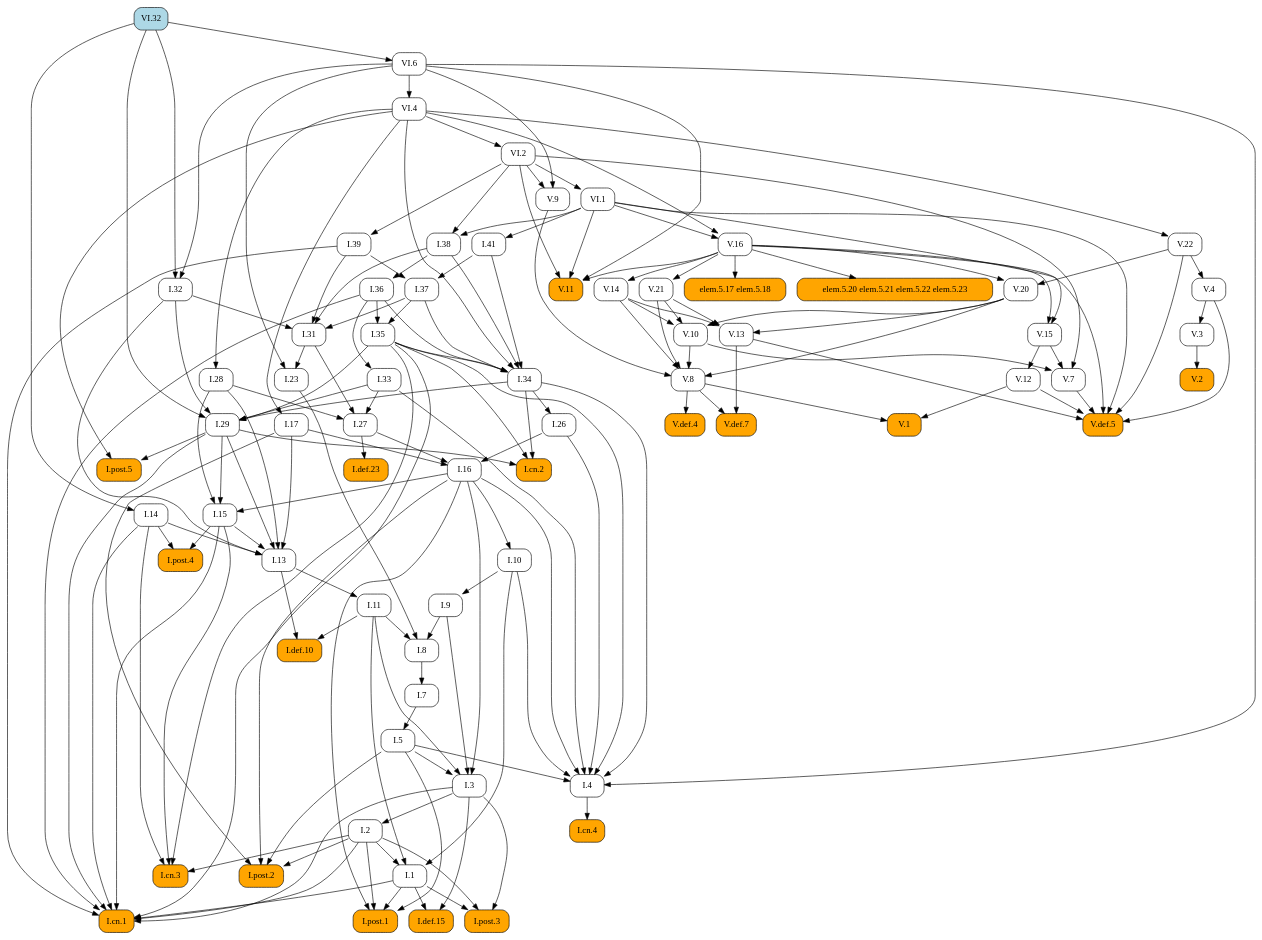
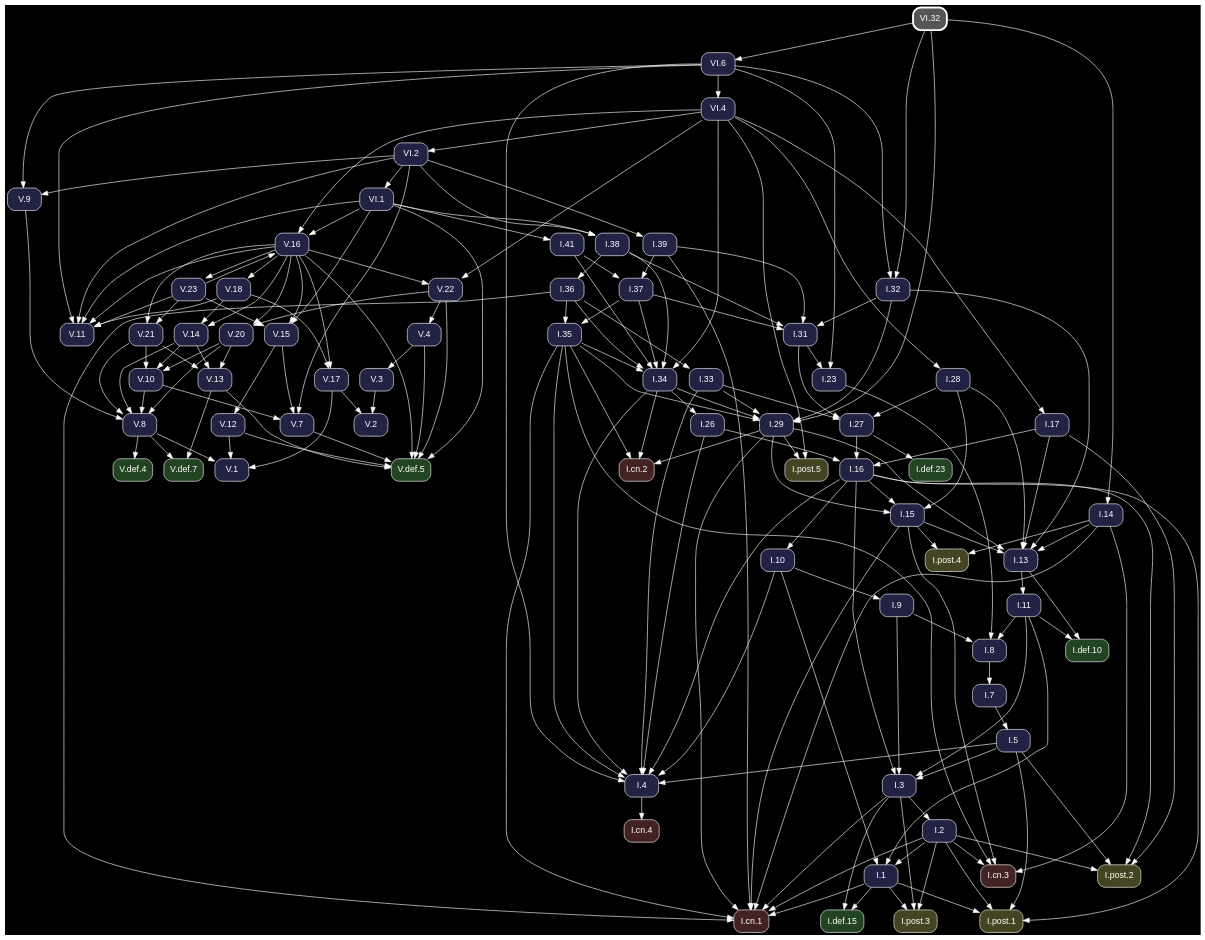
Before and after one commit to geometor/elements: the diagram in docsrc/heath/VI/32/index.rst, drawn with Graphviz. The commit also changed other lines of this file and 1200 other files, not shown here.

Commit message:
update dependency graphs

```diff
--- a/docsrc/heath/VI/32/index.rst
+++ b/docsrc/heath/VI/32/index.rst
@@ -81,194 +81,85 @@
 .. graphviz::
 
    digraph {
+     bgcolor="black";
+     node [shape=box, style="rounded,filled", fontname="Helvetica", color="white", fontcolor="white"];
+     edge [color="white", fontcolor="white"];
      rankdir="TB";
-     node [shape=box, style=rounded];
-     "I.23" [URL="/heath/I/23/", target="_top"];
-     "I.9" [URL="/heath/I/9/", target="_top"];
-     "I.def.15" [style="rounded,filled", fillcolor=orange, URL="/heath/I/def.15/", target="_top"];
-     "V.13" [URL="/heath/V/13/", target="_top"];
-     "V.7" [URL="/heath/V/7/", target="_top"];
-     "elem.5.17 elem.5.18" [style="rounded,filled", fillcolor=orange];
-     "I.post.1" [style="rounded,filled", fillcolor=orange, URL="/heath/I/post.1/", target="_top"];
-     "V.14" [URL="/heath/V/14/", target="_top"];
-     "V.9" [URL="/heath/V/9/", target="_top"];
-     "I.31" [URL="/heath/I/31/", target="_top"];
-     "I.def.10" [style="rounded,filled", fillcolor=orange, URL="/heath/I/def.10/", target="_top"];
-     "V.10" [URL="/heath/V/10/", target="_top"];
-     "V.4" [URL="/heath/V/4/", target="_top"];
-     "VI.1" [URL="/heath/VI/1/", target="_top"];
-     "I.39" [URL="/heath/I/39/", target="_top"];
-     "I.14" [URL="/heath/I/14/", target="_top"];
-     "V.11" [style="rounded,filled", fillcolor=orange, URL="/heath/V/11/", target="_top"];
-     "I.34" [URL="/heath/I/34/", target="_top"];
-     "I.3" [URL="/heath/I/3/", target="_top"];
-     "V.def.4" [style="rounded,filled", fillcolor=orange, URL="/heath/V/def.4/", target="_top"];
-     "V.def.7" [style="rounded,filled", fillcolor=orange, URL="/heath/V/def.7/", target="_top"];
-     "V.21" [URL="/heath/V/21/", target="_top"];
-     "I.2" [URL="/heath/I/2/", target="_top"];
-     "VI.32" [style="rounded,filled", fillcolor=lightblue, URL="/heath/VI/32/", target="_top"];
-     "V.3" [URL="/heath/V/3/", target="_top"];
-     "I.13" [URL="/heath/I/13/", target="_top"];
-     "I.post.4" [style="rounded,filled", fillcolor=orange, URL="/heath/I/post.4/", target="_top"];
-     "I.4" [URL="/heath/I/4/", target="_top"];
-     "I.1" [URL="/heath/I/1/", target="_top"];
-     "I.8" [URL="/heath/I/8/", target="_top"];
-     "I.17" [URL="/heath/I/17/", target="_top"];
-     "I.29" [URL="/heath/I/29/", target="_top"];
-     "V.8" [URL="/heath/V/8/", target="_top"];
-     "I.38" [URL="/heath/I/38/", target="_top"];
-     "I.15" [URL="/heath/I/15/", target="_top"];
-     "I.10" [URL="/heath/I/10/", target="_top"];
-     "I.11" [URL="/heath/I/11/", target="_top"];
-     "I.def.23" [style="rounded,filled", fillcolor=orange, URL="/heath/I/def.23/", target="_top"];
-     "VI.4" [URL="/heath/VI/4/", target="_top"];
-     "I.26" [URL="/heath/I/26/", target="_top"];
-     "V.16" [URL="/heath/V/16/", target="_top"];
-     "I.33" [URL="/heath/I/33/", target="_top"];
-     "I.32" [URL="/heath/I/32/", target="_top"];
-     "I.post.3" [style="rounded,filled", fillcolor=orange, URL="/heath/I/post.3/", target="_top"];
-     "V.def.5" [style="rounded,filled", fillcolor=orange, URL="/heath/V/def.5/", target="_top"];
-     "I.27" [URL="/heath/I/27/", target="_top"];
-     "V.20" [URL="/heath/V/20/", target="_top"];
-     "V.12" [URL="/heath/V/12/", target="_top"];
-     "V.2" [style="rounded,filled", fillcolor=orange, URL="/heath/V/2/", target="_top"];
-     "I.cn.1" [style="rounded,filled", fillcolor=orange, URL="/heath/I/cn.1/", target="_top"];
-     "I.35" [URL="/heath/I/35/", target="_top"];
-     "VI.6" [URL="/heath/VI/6/", target="_top"];
-     "I.7" [URL="/heath/I/7/", target="_top"];
-     "I.36" [URL="/heath/I/36/", target="_top"];
-     "I.5" [URL="/heath/I/5/", target="_top"];
-     "I.37" [URL="/heath/I/37/", target="_top"];
-     "I.cn.3" [style="rounded,filled", fillcolor=orange, URL="/heath/I/cn.3/", target="_top"];
-     "I.16" [URL="/heath/I/16/", target="_top"];
-     "V.22" [URL="/heath/V/22/", target="_top"];
-     "V.1" [style="rounded,filled", fillcolor=orange, URL="/heath/V/1/", target="_top"];
-     "I.cn.2" [style="rounded,filled", fillcolor=orange, URL="/heath/I/cn.2/", target="_top"];
-     "I.post.5" [style="rounded,filled", fillcolor=orange, URL="/heath/I/post.5/", target="_top"];
-     "I.28" [URL="/heath/I/28/", target="_top"];
-     "I.cn.4" [style="rounded,filled", fillcolor=orange, URL="/heath/I/cn.4/", target="_top"];
-     "VI.2" [URL="/heath/VI/2/", target="_top"];
-     "I.post.2" [style="rounded,filled", fillcolor=orange, URL="/heath/I/post.2/", target="_top"];
-     "V.15" [URL="/heath/V/15/", target="_top"];
-     "I.41" [URL="/heath/I/41/", target="_top"];
-     "elem.5.20 elem.5.21 elem.5.22 elem.5.23" [style="rounded,filled", fillcolor=orange];
-     "I.31" -> "I.23";
-     "VI.6" -> "I.23";
-     "I.10" -> "I.9";
-     "I.1" -> "I.def.15";
-     "I.3" -> "I.def.15";
-     "V.14" -> "V.13";
-     "V.20" -> "V.13";
-     "V.21" -> "V.13";
-     "V.10" -> "V.7";
-     "V.15" -> "V.7";
-     "VI.2" -> "V.7";
-     "V.16" -> "elem.5.17 elem.5.18";
-     "I.1" -> "I.post.1";
-     "I.2" -> "I.post.1";
-     "I.5" -> "I.post.1";
-     "I.16" -> "I.post.1";
-     "V.16" -> "V.14";
-     "VI.2" -> "V.9";
-     "VI.6" -> "V.9";
-     "I.32" -> "I.31";
-     "I.37" -> "I.31";
-     "I.38" -> "I.31";
-     "I.39" -> "I.31";
-     "I.11" -> "I.def.10";
-     "I.13" -> "I.def.10";
-     "V.14" -> "V.10";
-     "V.20" -> "V.10";
-     "V.21" -> "V.10";
-     "V.22" -> "V.4";
-     "VI.2" -> "VI.1";
-     "VI.2" -> "I.39";
-     "VI.32" -> "I.14";
-     "V.16" -> "V.11";
-     "VI.1" -> "V.11";
-     "VI.2" -> "V.11";
-     "VI.6" -> "V.11";
-     "I.35" -> "I.34";
-     "I.36" -> "I.34";
-     "I.37" -> "I.34";
-     "I.38" -> "I.34";
-     "I.41" -> "I.34";
-     "VI.4" -> "I.34";
-     "I.5" -> "I.3";
-     "I.9" -> "I.3";
-     "I.11" -> "I.3";
-     "I.16" -> "I.3";
-     "V.8" -> "V.def.4";
-     "V.8" -> "V.def.7";
-     "V.13" -> "V.def.7";
-     "V.16" -> "V.21";
-     "I.3" -> "I.2";
-     "V.4" -> "V.3";
-     "I.14" -> "I.13";
-     "I.15" -> "I.13";
-     "I.17" -> "I.13";
-     "I.28" -> "I.13";
-     "I.29" -> "I.13";
-     "I.32" -> "I.13";
-     "I.14" -> "I.post.4";
-     "I.15" -> "I.post.4";
-     "I.5" -> "I.4";
-     "I.10" -> "I.4";
-     "I.16" -> "I.4";
-     "I.26" -> "I.4";
-     "I.33" -> "I.4";
-     "I.34" -> "I.4";
-     "I.35" -> "I.4";
-     "VI.6" -> "I.4";
-     "I.2" -> "I.1";
-     "I.10" -> "I.1";
-     "I.11" -> "I.1";
-     "I.9" -> "I.8";
-     "I.11" -> "I.8";
-     "I.23" -> "I.8";
-     "VI.4" -> "I.17";
-     "I.32" -> "I.29";
-     "I.33" -> "I.29";
-     "I.34" -> "I.29";
-     "I.35" -> "I.29";
-     "VI.32" -> "I.29";
-     "V.9" -> "V.8";
-     "V.10" -> "V.8";
-     "V.14" -> "V.8";
-     "V.20" -> "V.8";
-     "V.21" -> "V.8";
-     "VI.1" -> "I.38";
-     "VI.2" -> "I.38";
-     "I.16" -> "I.15";
-     "I.28" -> "I.15";
-     "I.29" -> "I.15";
-     "I.16" -> "I.10";
-     "I.13" -> "I.11";
-     "I.27" -> "I.def.23";
-     "VI.6" -> "VI.4";
-     "I.34" -> "I.26";
-     "VI.1" -> "V.16";
-     "VI.4" -> "V.16";
-     "I.36" -> "I.33";
+     "V.15" [fillcolor="#222244", URL="/heath/V/15/", target="_top"];
+     "I.32" [fillcolor="#222244", URL="/heath/I/32/", target="_top"];
+     "I.cn.1" [fillcolor="#442222", URL="/heath/I/cn.1/", target="_top"];
+     "V.18" [fillcolor="#222244", URL="/heath/V/18/", target="_top"];
+     "V.14" [fillcolor="#222244", URL="/heath/V/14/", target="_top"];
+     "I.28" [fillcolor="#222244", URL="/heath/I/28/", target="_top"];
+     "I.27" [fillcolor="#222244", URL="/heath/I/27/", target="_top"];
+     "V.23" [fillcolor="#222244", URL="/heath/V/23/", target="_top"];
+     "I.2" [fillcolor="#222244", URL="/heath/I/2/", target="_top"];
+     "I.41" [fillcolor="#222244", URL="/heath/I/41/", target="_top"];
+     "I.post.4" [fillcolor="#444422", URL="/heath/I/post.4/", target="_top"];
+     "I.26" [fillcolor="#222244", URL="/heath/I/26/", target="_top"];
+     "I.8" [fillcolor="#222244", URL="/heath/I/8/", target="_top"];
+     "V.4" [fillcolor="#222244", URL="/heath/V/4/", target="_top"];
+     "V.16" [fillcolor="#222244", URL="/heath/V/16/", target="_top"];
+     "VI.2" [fillcolor="#222244", URL="/heath/VI/2/", target="_top"];
+     "I.7" [fillcolor="#222244", URL="/heath/I/7/", target="_top"];
+     "I.5" [fillcolor="#222244", URL="/heath/I/5/", target="_top"];
+     "V.11" [fillcolor="#222244", URL="/heath/V/11/", target="_top"];
+     "V.def.4" [fillcolor="#224422", URL="/heath/V/def.4/", target="_top"];
+     "V.20" [fillcolor="#222244", URL="/heath/V/20/", target="_top"];
+     "I.11" [fillcolor="#222244", URL="/heath/I/11/", target="_top"];
+     "I.37" [fillcolor="#222244", URL="/heath/I/37/", target="_top"];
+     "I.cn.3" [fillcolor="#442222", URL="/heath/I/cn.3/", target="_top"];
+     "I.36" [fillcolor="#222244", URL="/heath/I/36/", target="_top"];
+     "I.38" [fillcolor="#222244", URL="/heath/I/38/", target="_top"];
+     "I.post.2" [fillcolor="#444422", URL="/heath/I/post.2/", target="_top"];
+     "I.def.23" [fillcolor="#224422", URL="/heath/I/def.23/", target="_top"];
+     "I.35" [fillcolor="#222244", URL="/heath/I/35/", target="_top"];
+     "I.post.3" [fillcolor="#444422", URL="/heath/I/post.3/", target="_top"];
+     "V.13" [fillcolor="#222244", URL="/heath/V/13/", target="_top"];
+     "V.8" [fillcolor="#222244", URL="/heath/V/8/", target="_top"];
+     "I.33" [fillcolor="#222244", URL="/heath/I/33/", target="_top"];
+     "V.10" [fillcolor="#222244", URL="/heath/V/10/", target="_top"];
+     "I.17" [fillcolor="#222244", URL="/heath/I/17/", target="_top"];
+     "V.def.5" [fillcolor="#224422", URL="/heath/V/def.5/", target="_top"];
+     "V.22" [fillcolor="#222244", URL="/heath/V/22/", target="_top"];
+     "I.31" [fillcolor="#222244", URL="/heath/I/31/", target="_top"];
+     "I.3" [fillcolor="#222244", URL="/heath/I/3/", target="_top"];
+     "V.12" [fillcolor="#222244", URL="/heath/V/12/", target="_top"];
+     "I.def.10" [fillcolor="#224422", URL="/heath/I/def.10/", target="_top"];
+     "I.15" [fillcolor="#222244", URL="/heath/I/15/", target="_top"];
+     "I.39" [fillcolor="#222244", URL="/heath/I/39/", target="_top"];
+     "I.13" [fillcolor="#222244", URL="/heath/I/13/", target="_top"];
+     "VI.6" [fillcolor="#222244", URL="/heath/VI/6/", target="_top"];
+     "I.cn.2" [fillcolor="#442222", URL="/heath/I/cn.2/", target="_top"];
+     "I.9" [fillcolor="#222244", URL="/heath/I/9/", target="_top"];
+     "I.1" [fillcolor="#222244", URL="/heath/I/1/", target="_top"];
+     "I.post.5" [fillcolor="#444422", URL="/heath/I/post.5/", target="_top"];
+     "I.23" [fillcolor="#222244", URL="/heath/I/23/", target="_top"];
+     "I.4" [fillcolor="#222244", URL="/heath/I/4/", target="_top"];
+     "VI.4" [fillcolor="#222244", URL="/heath/VI/4/", target="_top"];
+     "V.7" [fillcolor="#222244", URL="/heath/V/7/", target="_top"];
+     "V.9" [fillcolor="#222244", URL="/heath/V/9/", target="_top"];
+     "VI.1" [fillcolor="#222244", URL="/heath/VI/1/", target="_top"];
+     "I.10" [fillcolor="#222244", URL="/heath/I/10/", target="_top"];
+     "V.def.7" [fillcolor="#224422", URL="/heath/V/def.7/", target="_top"];
+     "I.post.1" [fillcolor="#444422", URL="/heath/I/post.1/", target="_top"];
+     "I.16" [fillcolor="#222244", URL="/heath/I/16/", target="_top"];
+     "VI.32" [penwidth=3, color="white", fillcolor="#555555", URL="/heath/VI/32/", target="_top"];
+     "I.29" [fillcolor="#222244", URL="/heath/I/29/", target="_top"];
+     "I.cn.4" [fillcolor="#442222", URL="/heath/I/cn.4/", target="_top"];
+     "I.14" [fillcolor="#222244", URL="/heath/I/14/", target="_top"];
+     "V.1" [fillcolor="#222244", URL="/heath/V/1/", target="_top"];
+     "V.2" [fillcolor="#222244", URL="/heath/V/2/", target="_top"];
+     "V.21" [fillcolor="#222244", URL="/heath/V/21/", target="_top"];
+     "I.34" [fillcolor="#222244", URL="/heath/I/34/", target="_top"];
+     "I.def.15" [fillcolor="#224422", URL="/heath/I/def.15/", target="_top"];
+     "V.3" [fillcolor="#222244", URL="/heath/V/3/", target="_top"];
+     "V.17" [fillcolor="#222244", URL="/heath/V/17/", target="_top"];
+     "V.16" -> "V.15";
+     "V.23" -> "V.15";
+     "VI.1" -> "V.15";
      "VI.6" -> "I.32";
      "VI.32" -> "I.32";
-     "I.1" -> "I.post.3";
-     "I.2" -> "I.post.3";
-     "I.3" -> "I.post.3";
-     "V.4" -> "V.def.5";
-     "V.7" -> "V.def.5";
-     "V.12" -> "V.def.5";
-     "V.13" -> "V.def.5";
-     "V.16" -> "V.def.5";
-     "V.22" -> "V.def.5";
-     "VI.1" -> "V.def.5";
-     "I.28" -> "I.27";
-     "I.31" -> "I.27";
-     "I.33" -> "I.27";
-     "V.16" -> "V.20";
-     "V.22" -> "V.20";
-     "V.15" -> "V.12";
-     "V.3" -> "V.2";
      "I.1" -> "I.cn.1";
      "I.2" -> "I.cn.1";
      "I.3" -> "I.cn.1";
@@ -278,38 +169,161 @@
      "I.35" -> "I.cn.1";
      "I.36" -> "I.cn.1";
      "I.39" -> "I.cn.1";
-     "I.36" -> "I.35";
-     "I.37" -> "I.35";
-     "VI.32" -> "VI.6";
+     "V.16" -> "V.18";
+     "V.16" -> "V.14";
+     "V.18" -> "V.14";
+     "VI.4" -> "I.28";
+     "I.28" -> "I.27";
+     "I.31" -> "I.27";
+     "I.33" -> "I.27";
+     "V.16" -> "V.23";
+     "I.3" -> "I.2";
+     "VI.1" -> "I.41";
+     "I.14" -> "I.post.4";
+     "I.15" -> "I.post.4";
+     "I.34" -> "I.26";
+     "I.9" -> "I.8";
+     "I.11" -> "I.8";
+     "I.23" -> "I.8";
+     "V.22" -> "V.4";
+     "V.23" -> "V.16";
+     "VI.1" -> "V.16";
+     "VI.4" -> "V.16";
+     "VI.4" -> "VI.2";
      "I.8" -> "I.7";
-     "I.38" -> "I.36";
      "I.7" -> "I.5";
+     "V.16" -> "V.11";
+     "V.18" -> "V.11";
+     "V.23" -> "V.11";
+     "VI.1" -> "V.11";
+     "VI.2" -> "V.11";
+     "VI.6" -> "V.11";
+     "V.8" -> "V.def.4";
+     "V.16" -> "V.20";
+     "V.22" -> "V.20";
+     "I.13" -> "I.11";
      "I.39" -> "I.37";
      "I.41" -> "I.37";
      "I.2" -> "I.cn.3";
      "I.14" -> "I.cn.3";
      "I.15" -> "I.cn.3";
      "I.35" -> "I.cn.3";
-     "I.17" -> "I.16";
-     "I.26" -> "I.16";
-     "I.27" -> "I.16";
-     "VI.4" -> "V.22";
-     "V.8" -> "V.1";
-     "V.12" -> "V.1";
-     "I.29" -> "I.cn.2";
-     "I.34" -> "I.cn.2";
-     "I.35" -> "I.cn.2";
-     "I.29" -> "I.post.5";
-     "VI.4" -> "I.post.5";
-     "VI.4" -> "I.28";
-     "I.4" -> "I.cn.4";
-     "VI.4" -> "VI.2";
+     "I.38" -> "I.36";
+     "VI.1" -> "I.38";
+     "VI.2" -> "I.38";
      "I.2" -> "I.post.2";
      "I.5" -> "I.post.2";
      "I.16" -> "I.post.2";
      "I.17" -> "I.post.2";
-     "V.16" -> "V.15";
-     "VI.1" -> "V.15";
-     "VI.1" -> "I.41";
-     "V.16" -> "elem.5.20 elem.5.21 elem.5.22 elem.5.23";
+     "I.27" -> "I.def.23";
+     "I.36" -> "I.35";
+     "I.37" -> "I.35";
+     "I.1" -> "I.post.3";
+     "I.2" -> "I.post.3";
+     "I.3" -> "I.post.3";
+     "V.14" -> "V.13";
+     "V.20" -> "V.13";
+     "V.21" -> "V.13";
+     "V.9" -> "V.8";
+     "V.10" -> "V.8";
+     "V.14" -> "V.8";
+     "V.20" -> "V.8";
+     "V.21" -> "V.8";
+     "I.36" -> "I.33";
+     "V.14" -> "V.10";
+     "V.20" -> "V.10";
+     "V.21" -> "V.10";
+     "VI.4" -> "I.17";
+     "V.4" -> "V.def.5";
+     "V.7" -> "V.def.5";
+     "V.12" -> "V.def.5";
+     "V.13" -> "V.def.5";
+     "V.16" -> "V.def.5";
+     "V.22" -> "V.def.5";
+     "VI.1" -> "V.def.5";
+     "V.16" -> "V.22";
+     "VI.4" -> "V.22";
+     "I.32" -> "I.31";
+     "I.37" -> "I.31";
+     "I.38" -> "I.31";
+     "I.39" -> "I.31";
+     "I.5" -> "I.3";
+     "I.9" -> "I.3";
+     "I.11" -> "I.3";
+     "I.16" -> "I.3";
+     "V.15" -> "V.12";
+     "I.11" -> "I.def.10";
+     "I.13" -> "I.def.10";
+     "I.16" -> "I.15";
+     "I.28" -> "I.15";
+     "I.29" -> "I.15";
+     "VI.2" -> "I.39";
+     "I.14" -> "I.13";
+     "I.15" -> "I.13";
+     "I.17" -> "I.13";
+     "I.28" -> "I.13";
+     "I.29" -> "I.13";
+     "I.32" -> "I.13";
+     "VI.32" -> "VI.6";
+     "I.29" -> "I.cn.2";
+     "I.34" -> "I.cn.2";
+     "I.35" -> "I.cn.2";
+     "I.10" -> "I.9";
+     "I.2" -> "I.1";
+     "I.10" -> "I.1";
+     "I.11" -> "I.1";
+     "I.29" -> "I.post.5";
+     "VI.4" -> "I.post.5";
+     "I.31" -> "I.23";
+     "VI.6" -> "I.23";
+     "I.5" -> "I.4";
+     "I.10" -> "I.4";
+     "I.16" -> "I.4";
+     "I.26" -> "I.4";
+     "I.33" -> "I.4";
+     "I.34" -> "I.4";
+     "I.35" -> "I.4";
+     "VI.6" -> "I.4";
+     "VI.6" -> "VI.4";
+     "V.10" -> "V.7";
+     "V.15" -> "V.7";
+     "VI.2" -> "V.7";
+     "VI.2" -> "V.9";
+     "VI.6" -> "V.9";
+     "VI.2" -> "VI.1";
+     "I.16" -> "I.10";
+     "V.8" -> "V.def.7";
+     "V.13" -> "V.def.7";
+     "I.1" -> "I.post.1";
+     "I.2" -> "I.post.1";
+     "I.5" -> "I.post.1";
+     "I.16" -> "I.post.1";
+     "I.17" -> "I.16";
+     "I.26" -> "I.16";
+     "I.27" -> "I.16";
+     "I.32" -> "I.29";
+     "I.33" -> "I.29";
+     "I.34" -> "I.29";
+     "I.35" -> "I.29";
+     "VI.32" -> "I.29";
+     "I.4" -> "I.cn.4";
+     "VI.32" -> "I.14";
+     "V.8" -> "V.1";
+     "V.12" -> "V.1";
+     "V.17" -> "V.1";
+     "V.3" -> "V.2";
+     "V.17" -> "V.2";
+     "V.16" -> "V.21";
+     "V.23" -> "V.21";
+     "I.35" -> "I.34";
+     "I.36" -> "I.34";
+     "I.37" -> "I.34";
+     "I.38" -> "I.34";
+     "I.41" -> "I.34";
+     "VI.4" -> "I.34";
+     "I.1" -> "I.def.15";
+     "I.3" -> "I.def.15";
+     "V.4" -> "V.3";
+     "V.16" -> "V.17";
+     "V.18" -> "V.17";
    }
```
